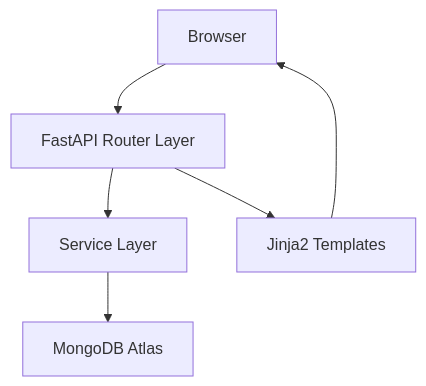
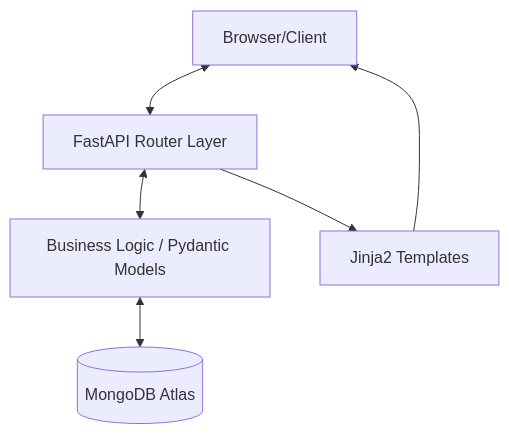
One commit to tshihab07/Client-Management-System changed the diagram in README.md. Above: the diagram before and after it, drawn with Mermaid. The commit also changed other lines of this file and 1 other file, not shown here.

````diff
--- a/README.md
+++ b/README.md
@@ -61,8 +106,8 @@
 ```mermaid
 flowchart TD
-    A[Browser] --> B[FastAPI Router Layer]
-    B --> C[Service Layer]
-    C --> D[MongoDB Atlas]
-    B --> E[Jinja2 Templates]
-    E --> A
+    User[Browser/Client] <--> API[FastAPI Router Layer]
+    API <--> Logic[Business Logic / Pydantic Models]
+    Logic <--> DB[(MongoDB Atlas)]
+    API --> UI[Jinja2 Templates]
+    UI --> User
 ```
````
